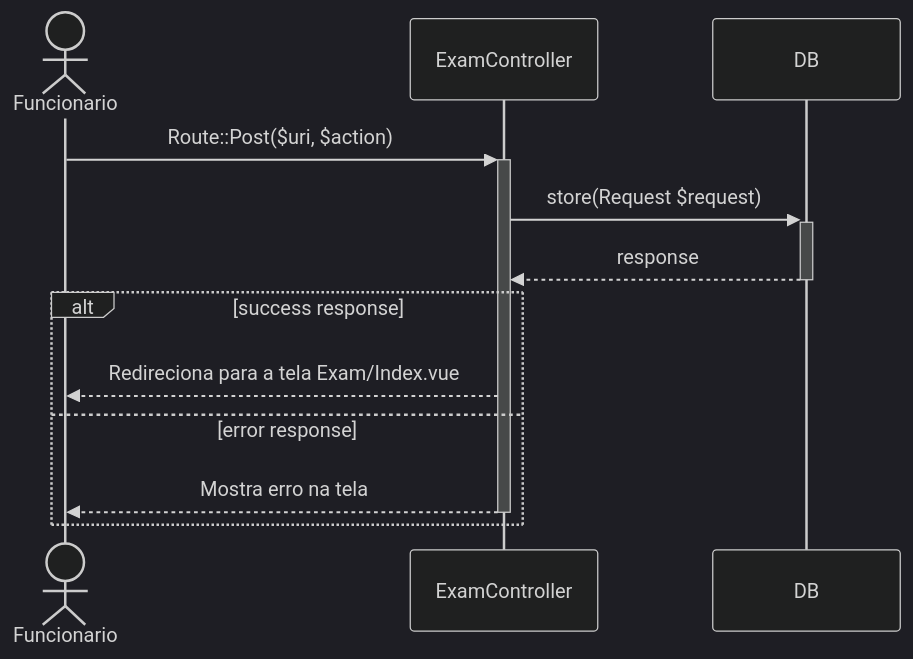
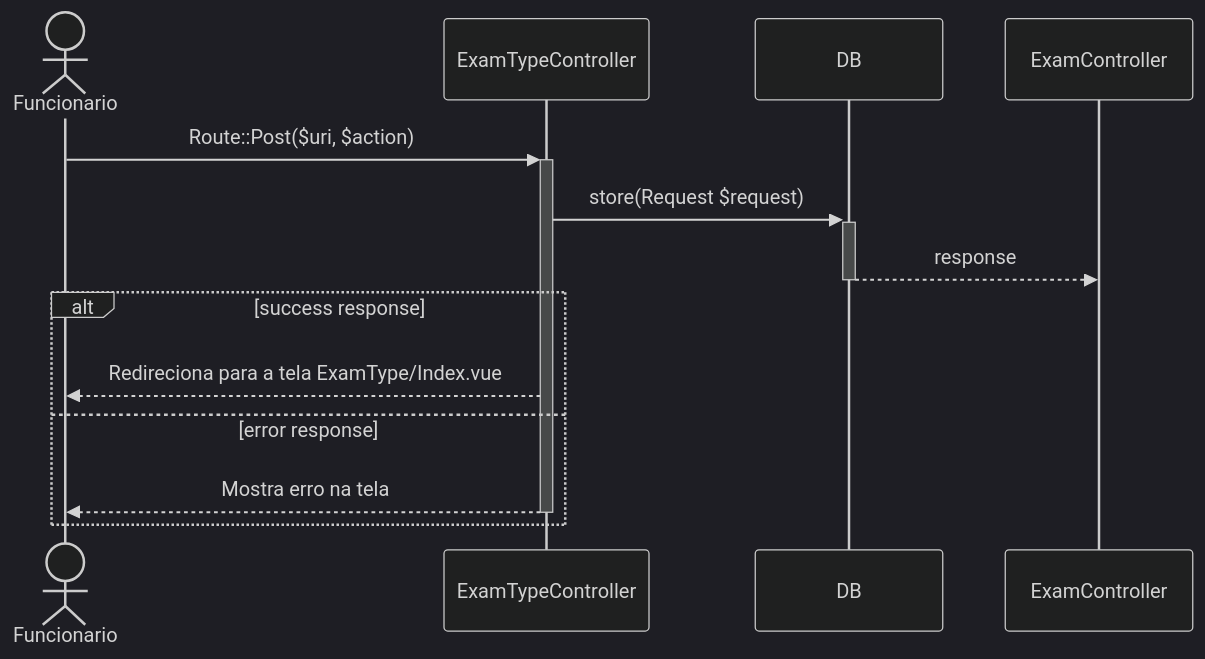
One commit to UniFil-NPI/ProjetoAnalisesClinicas changed the first of 3 diagrams in docs/diagramas_de_sequencia/UC004_gerenciar_tipo_de_exame.md. Above: the diagram before and after it, drawn with Mermaid (dark theme). The commit also changed other lines of this file and 1 other file, not shown here.

Commit message:
Diagrama de sequencia do UC004

````diff
--- a/docs/diagramas_de_sequencia/UC004_gerenciar_tipo_de_exame.md
+++ b/docs/diagramas_de_sequencia/UC004_gerenciar_tipo_de_exame.md
@@ -5,17 +5,17 @@
 ```mermaid
 sequenceDiagram
 
 actor Funcionario
-Funcionario->>+ExamController: Route::Post($uri, $action)
+Funcionario->>+ExamTypeController: Route::Post($uri, $action)
 
-ExamController->>+DB: store(Request $request)
+ExamTypeController->>+DB: store(Request $request)
 
 DB-->>-ExamController: response
 
 alt success response
-    ExamController-->>Funcionario: Redireciona para a tela Exam/Index.vue
+    ExamTypeController-->>Funcionario: Redireciona para a tela ExamType/Index.vue
 else error response
-    ExamController-->>-Funcionario: Mostra erro na tela
+    ExamTypeController-->>-Funcionario: Mostra erro na tela
 end
 
 ```
````
